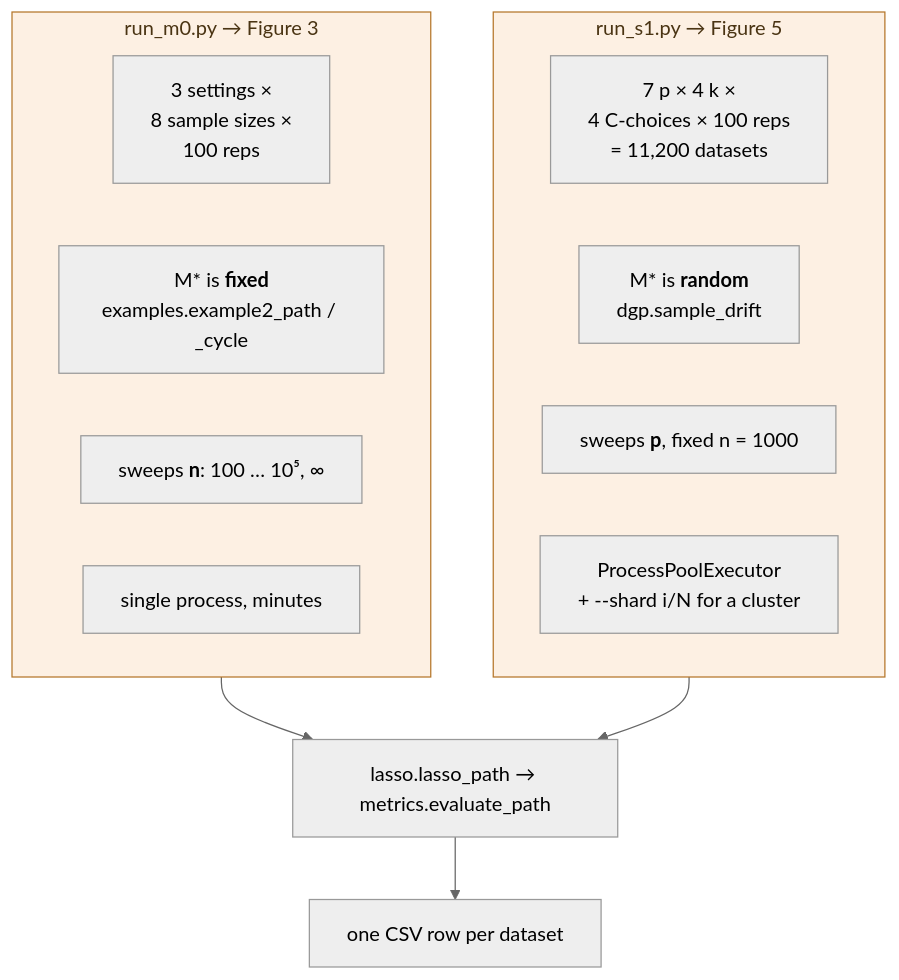
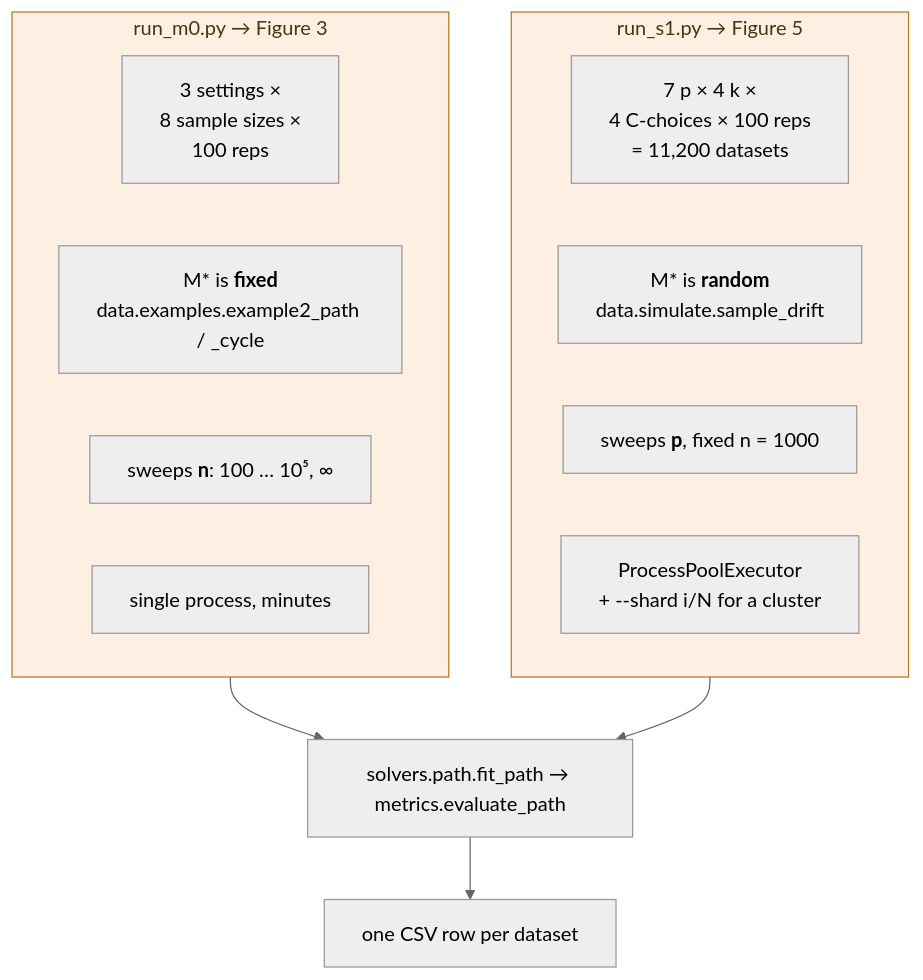
One commit to rlawnsiiiii/Nonconvex-penalties-for-Graphical-Continuous-Lyapunov-Models changed the fifth of 6 diagrams in ARCHITECTURE.md. Above: the diagram before and after it, drawn with Mermaid (neutral theme). The commit also changed other lines of this file and 48 other files, not shown here.

````diff
--- a/ARCHITECTURE.md
+++ b/ARCHITECTURE.md
@@ -256,22 +311,22 @@
 ```mermaid
 flowchart TD
     subgraph m0["run_m0.py → Figure 3"]
         A1["3 settings ×<br/>8 sample sizes ×<br/>100 reps"]
-        A2["M* is <b>fixed</b><br/>examples.example2_path / _cycle"]
+        A2["M* is <b>fixed</b><br/>data.examples.example2_path / _cycle"]
         A3["sweeps <b>n</b>: 100 … 10⁵, ∞"]
         A4["single process, minutes"]
     end
     subgraph s1["run_s1.py → Figure 5"]
         B1["7 p × 4 k ×<br/>4 C-choices × 100 reps<br/>= 11,200 datasets"]
-        B2["M* is <b>random</b><br/>dgp.sample_drift"]
+        B2["M* is <b>random</b><br/>data.simulate.sample_drift"]
         B3["sweeps <b>p</b>, fixed n = 1000"]
         B4["ProcessPoolExecutor<br/>+ --shard i/N for a cluster"]
     end
-    core["lasso.lasso_path → metrics.evaluate_path"]
+    core["solvers.path.fit_path → metrics.evaluate_path"]
     m0 --> core
     s1 --> core
     core --> out["one CSV row per dataset"]
 
     classDef d fill:#fdf0e3,stroke:#b5762a,color:#4a3413
     class m0,s1 d
 ```
````
